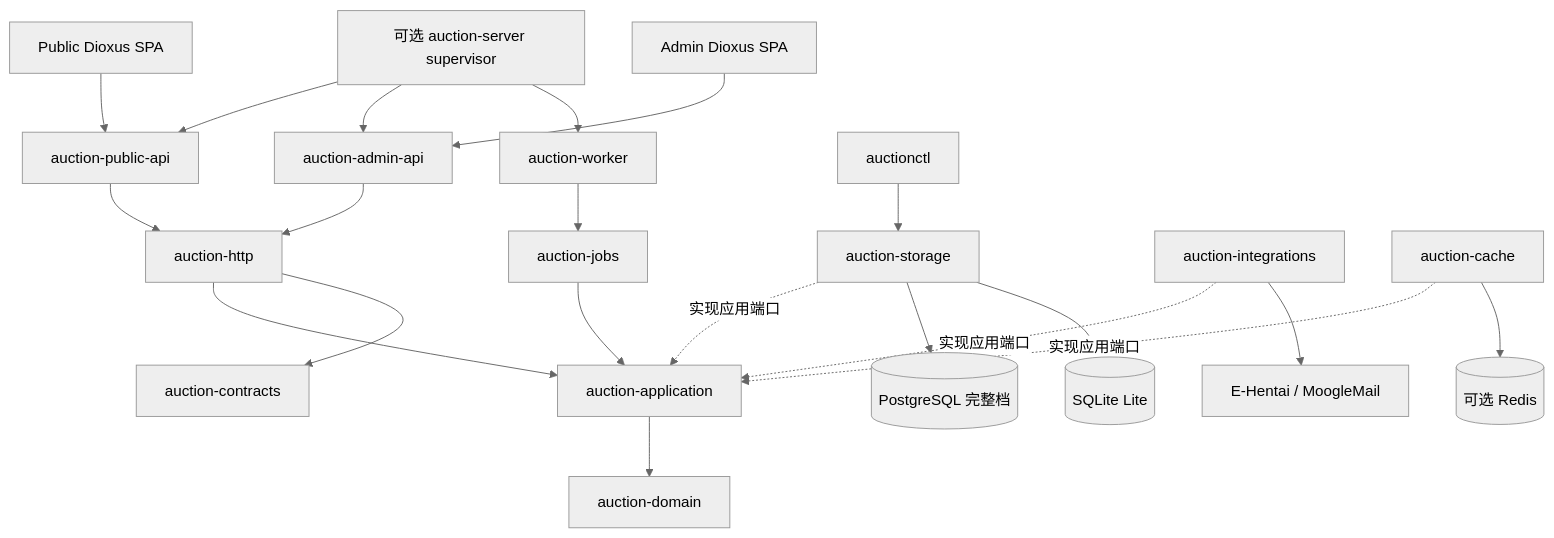
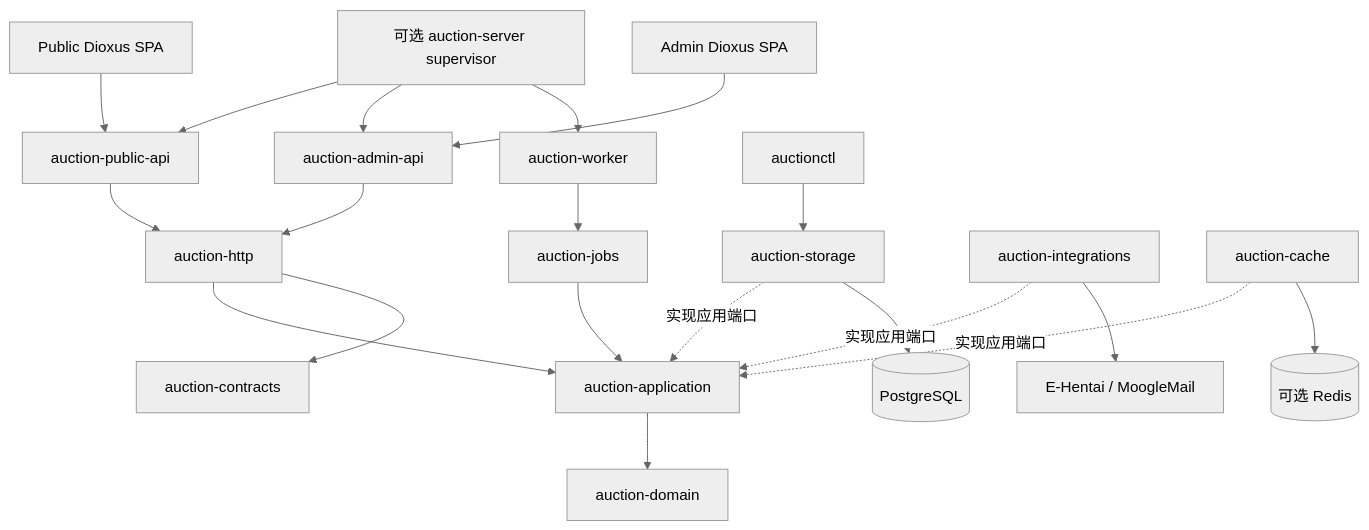
Before and after one commit to ngnlAYY/Auction: the diagram in DESIGN.md, drawn with Mermaid (neutral theme). The commit also changed other lines of this file and 280 other files, not shown here.

First line of the commit message:
refactor!: 收口 PostgreSQL 并精简项目

````diff
--- a/DESIGN.md
+++ b/DESIGN.md
@@ -17,23 +17,22 @@
 ```mermaid
 flowchart TD
     BrowserPublic[Public Dioxus SPA] --> Public[auction-public-api]
     BrowserAdmin[Admin Dioxus SPA] --> Admin[auction-admin-api]
     Public --> HTTP[auction-http]
     Admin --> HTTP
     Worker[auction-worker] --> Jobs[auction-jobs]
     HTTP --> App[auction-application]
     Jobs --> App
     App --> Domain[auction-domain]
     HTTP --> Contracts[auction-contracts]
     Storage[auction-storage] -.->|实现应用端口| App
     Integrations[auction-integrations] -.->|实现应用端口| App
     Cache[auction-cache] -.->|实现应用端口| App
-    Storage --> PostgreSQL[(PostgreSQL 完整档)]
-    Storage --> SQLite[(SQLite Lite)]
+    Storage --> PostgreSQL[(PostgreSQL)]
     Cache --> Redis[(可选 Redis)]
     Integrations --> Remote[E-Hentai / MoogleMail]
     Ctl[auctionctl] --> Storage
     Server[可选 auction-server supervisor] --> Public
     Server --> Admin
     Server --> Worker
 ```
````
